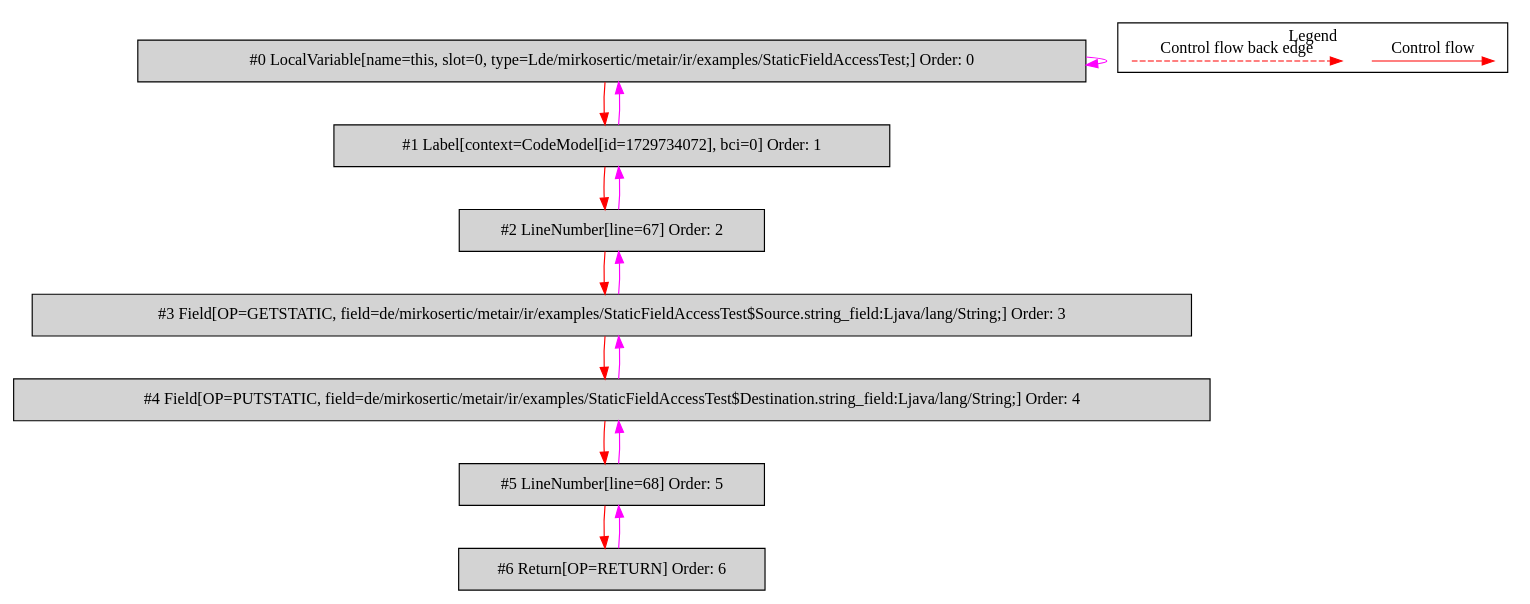
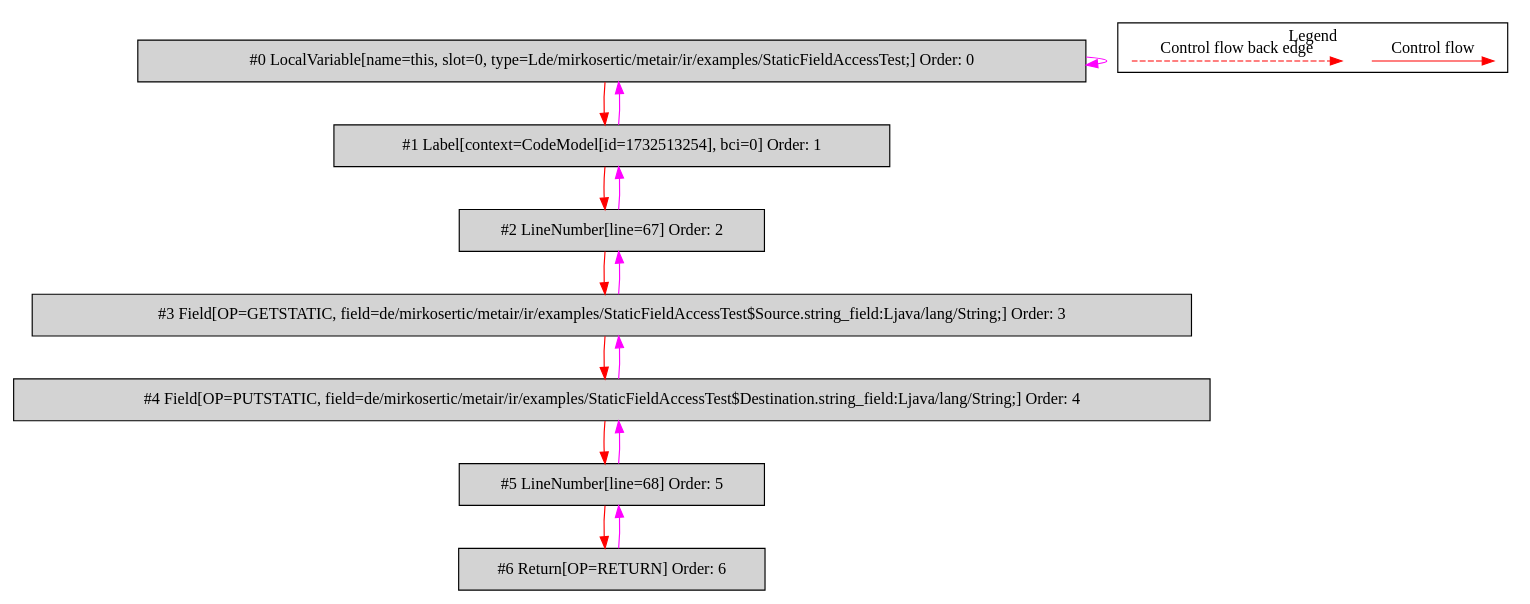
Before and after one commit to mirkosertic/MetaIR: the diagram in de.mirkosertic.metair.ir.examples.StaticFieldAccessTest/copy_string/bytecodecfg.dot, drawn with Graphviz. The commit also changed 1231 other files, not shown here.

```diff
--- a/de.mirkosertic.metair.ir.examples.StaticFieldAccessTest/copy_string/bytecodecfg.dot
+++ b/de.mirkosertic.metair.ir.examples.StaticFieldAccessTest/copy_string/bytecodecfg.dot
@@ -1,37 +1,37 @@
 digraph {
  ordering="in";
  node0[label="#0 LocalVariable[name=this, slot=0, type=Lde/mirkosertic/metair/ir/examples/StaticFieldAccessTest;] Order: 0", shape=box, fillcolor=lightgrey, style=filled];
- node1[label="#1 Label[context=CodeModel[id=1729734072], bci=0] Order: 1", shape=box, fillcolor=lightgrey, style=filled];
+ node1[label="#1 Label[context=CodeModel[id=1732513254], bci=0] Order: 1", shape=box, fillcolor=lightgrey, style=filled];
  node2[label="#2 LineNumber[line=67] Order: 2", shape=box, fillcolor=lightgrey, style=filled];
  node3[label="#3 Field[OP=GETSTATIC, field=de/mirkosertic/metair/ir/examples/StaticFieldAccessTest$Source.string_field:Ljava/lang/String;] Order: 3", shape=box, fillcolor=lightgrey, style=filled];
  node4[label="#4 Field[OP=PUTSTATIC, field=de/mirkosertic/metair/ir/examples/StaticFieldAccessTest$Destination.string_field:Ljava/lang/String;] Order: 4", shape=box, fillcolor=lightgrey, style=filled];
  node5[label="#5 LineNumber[line=68] Order: 5", shape=box, fillcolor=lightgrey, style=filled];
  node6[label="#6 Return[OP=RETURN] Order: 6", shape=box, fillcolor=lightgrey, style=filled];
  node0 -> node0[color=fuchsia];
  node0 -> node1[color=red];
  node1 -> node0[color=fuchsia];
  node1 -> node2[color=red];
  node2 -> node1[color=fuchsia];
  node2 -> node3[color=red];
  node3 -> node2[color=fuchsia];
  node3 -> node4[color=red];
  node4 -> node3[color=fuchsia];
  node4 -> node5[color=red];
  node5 -> node4[color=fuchsia];
  node5 -> node6[color=red];
  node6 -> node5[color=fuchsia];
  subgraph cluster_000 {
   label = "Legend";
   node [shape=point]
   {
    rank=same;
    c0 [style = invis];
    c1 [style = invis];
    c2 [style = invis];
    c3 [style = invis];
   }
   c0 -> c1 [label="Control flow", style=solid, color=red]
   c2 -> c3 [label="Control flow back edge", style=dashed, color=red]
  }
 
 }
```
